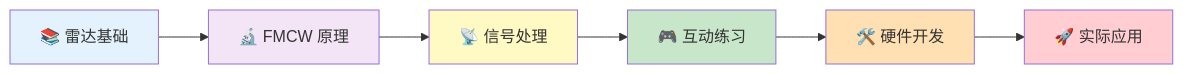
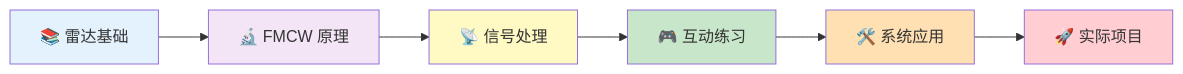
Before and after one commit to matreshka15/mmWave_Insight: the diagram in docs/index.md, drawn with Mermaid. The commit also changed other lines of this file and 21 other files, not shown here.

````diff
--- a/docs/index.md
+++ b/docs/index.md
@@ -107,15 +26,15 @@
-```mermaid
-graph LR
-    A[📚 雷达基础] --> B[🔬 FMCW 原理]
-    B --> C[📡 信号处理]
-    C --> D[🎮 互动练习]
-    D --> E[🛠️ 硬件开发]
-    E --> F[🚀 实际应用]
+    ```mermaid
+    graph LR
+        A[📚 雷达基础] --> B[🔬 FMCW 原理]
+        B --> C[📡 信号处理]
+        C --> D[🎮 互动练习]
+        D --> E[🛠️ 系统应用]
+        E --> F[🚀 实际项目]
 
-    style A fill:#e3f2fd
-    style B fill:#f3e5f5
-    style C fill:#fff9c4
-    style D fill:#c8e6c9
-    style E fill:#ffe0b2
-    style F fill:#ffcdd2
-```
+        style A fill:#e3f2fd
+        style B fill:#f3e5f5
+        style C fill:#fff9c4
+        style D fill:#c8e6c9
+        style E fill:#ffe0b2
+        style F fill:#ffcdd2
+    ```
````
